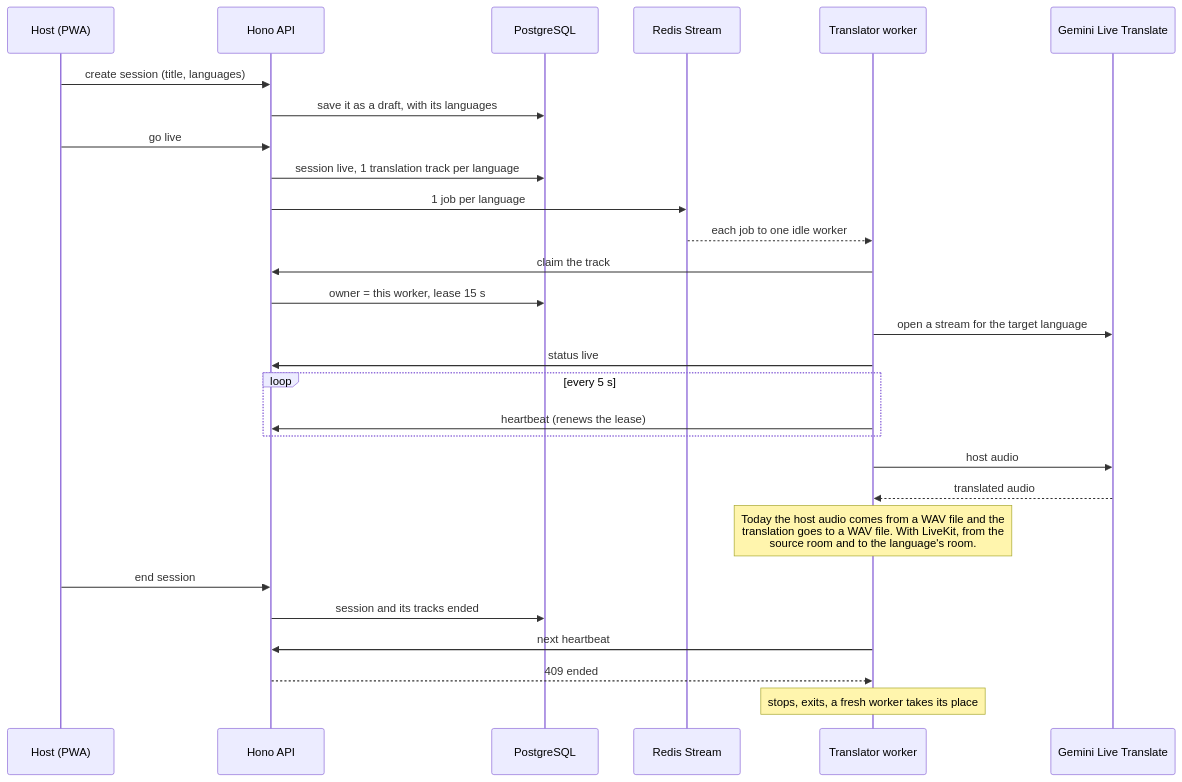
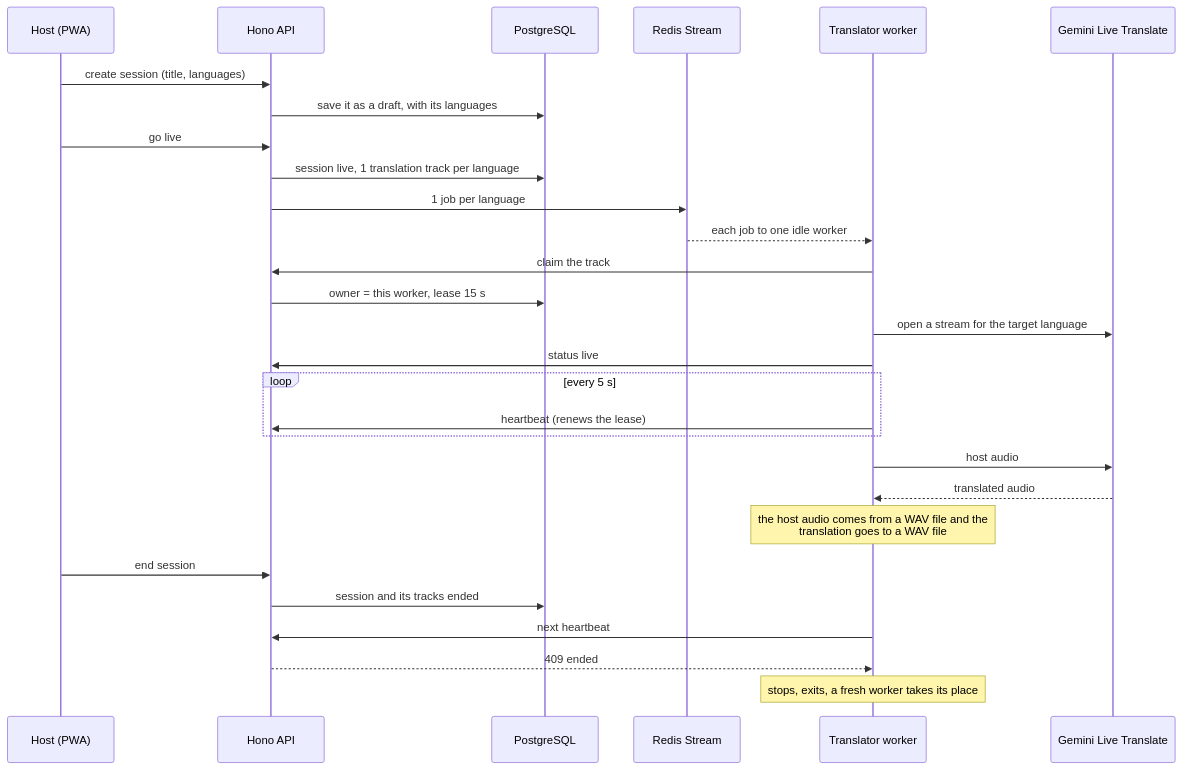
Before and after one commit to WH1TE-SHAD0W/ai-dubbing-studio: the second of 5 diagrams in docs/architecture.md, drawn with Mermaid. The commit also changed other lines of this file and 9 other files, not shown here.

First line of the commit message:
docs: describe what is built, without LiveKit status

````diff
--- a/docs/architecture.md
+++ b/docs/architecture.md
@@ -75,30 +65,30 @@
 ```mermaid
 sequenceDiagram
   participant H as Host (PWA)
   participant A as Hono API
   participant D as PostgreSQL
   participant R as Redis Stream
   participant W as Translator worker
   participant G as Gemini Live Translate
   H->>A: create session (title, languages)
   A->>D: save it as a draft, with its languages
   H->>A: go live
   A->>D: session live, 1 translation track per language
   A->>R: 1 job per language
   R-->>W: each job to one idle worker
   W->>A: claim the track
   A->>D: owner = this worker, lease 15 s
   W->>G: open a stream for the target language
   W->>A: status live
   loop every 5 s
     W->>A: heartbeat (renews the lease)
   end
   W->>G: host audio
   G-->>W: translated audio
-  Note over W: Today the host audio comes from a WAV file and the<br/>translation goes to a WAV file. With LiveKit, from the<br/>source room and to the language's room.
+  Note over W: the host audio comes from a WAV file and the<br/>translation goes to a WAV file
   H->>A: end session
   A->>D: session and its tracks ended
   W->>A: next heartbeat
   A-->>W: 409 ended
   Note over W: stops, exits, a fresh worker takes its place
 ```
````
